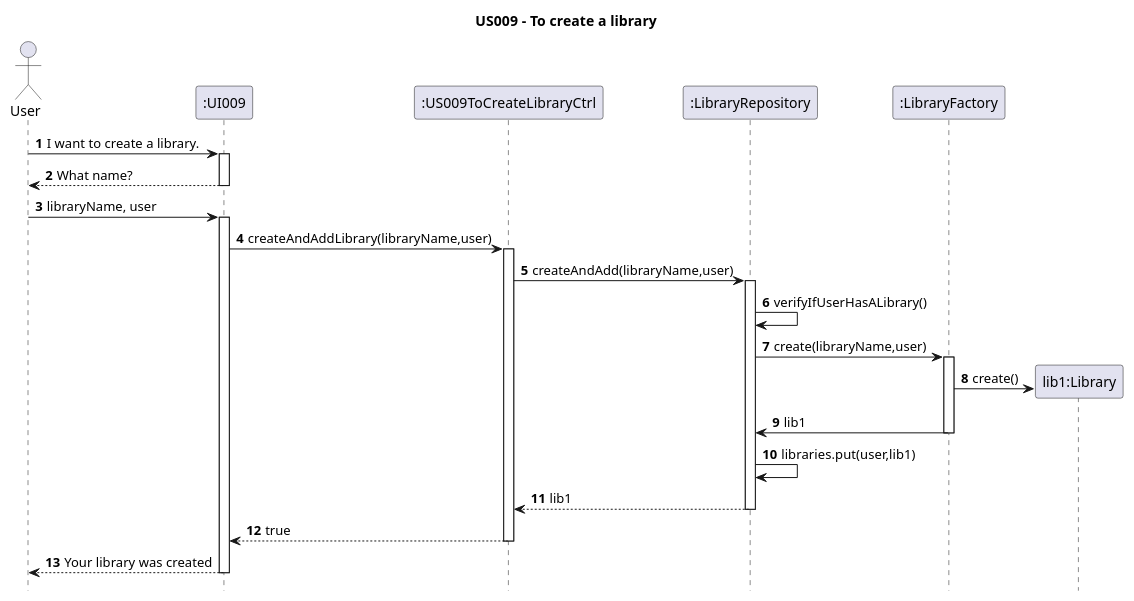
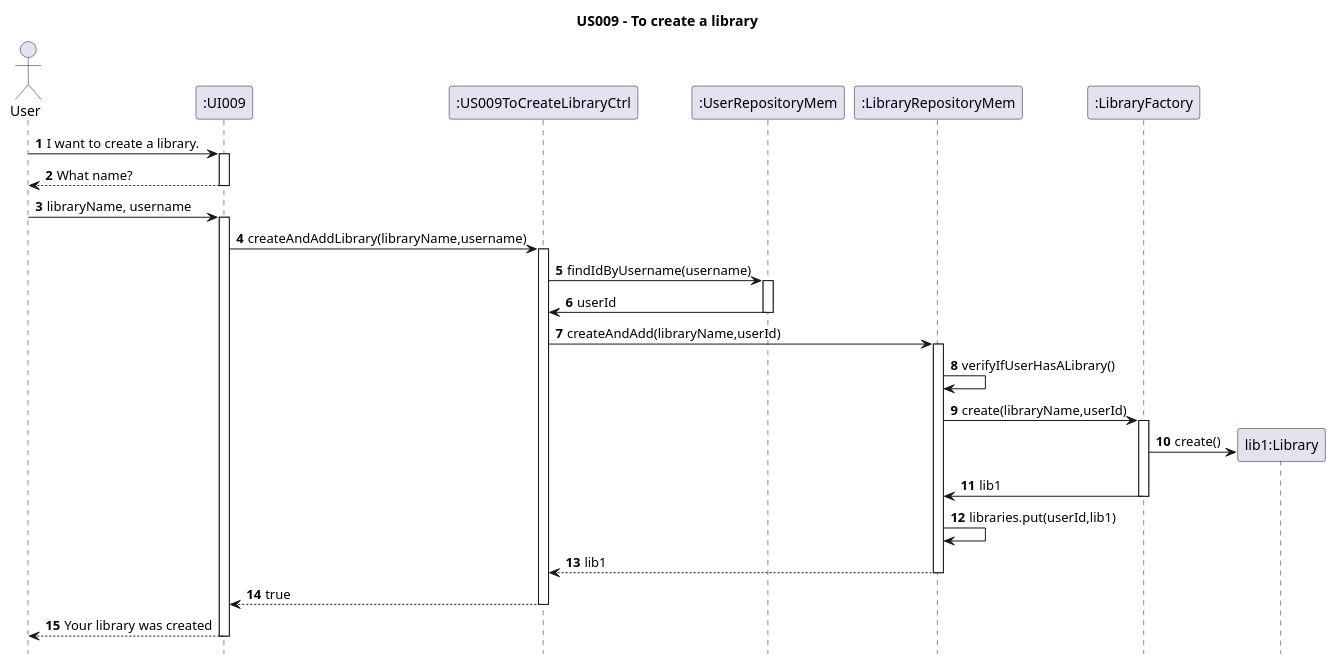
The diagram in Diagrams/SequenceDiagrams/N2/US009-to-create-a-library.puml (AndrePereiraGitH/SWitCH-Project-Team_A), drawn with PlantUML before and after one commit. The commit also changed 1 other file, not shown here.

Commit message:
docs(US009) #476: update Class and Sequence diagrams to align with DDD restructure

```diff
--- a/Diagrams/SequenceDiagrams/N2/US009-to-create-a-library.puml
+++ b/Diagrams/SequenceDiagrams/N2/US009-to-create-a-library.puml
@@ -1,49 +1,60 @@
 @startuml
 hide footbox
 autonumber
 title US009 - To create a library
 
 
 actor User
 participant ":UI009" as UI
 
 participant ":US009ToCreateLibraryCtrl" as Ctrl
-participant ":LibraryRepository" as LibraryRepo
+
+participant ":UserRepositoryMem" as userRepo
+participant ":LibraryRepositoryMem" as LibraryRepo
 participant ":LibraryFactory" as factory
 
 
 User -> UI : I want to create a library.
 activate UI
 UI --> User : What name?
 deactivate UI
-User -> UI : libraryName, user
+User -> UI : libraryName, username
+
 activate UI
 
-UI -> Ctrl : createAndAddLibrary(libraryName,user)
+UI -> Ctrl : createAndAddLibrary(libraryName,username)
+
 activate Ctrl
-Ctrl -> LibraryRepo : createAndAdd(libraryName,user)
+
+Ctrl -> userRepo: findIdByUsername(username)
+activate userRepo
+userRepo -> Ctrl: userId
+deactivate userRepo
+
+
+Ctrl -> LibraryRepo : createAndAdd(libraryName,userId)
 activate LibraryRepo
 
 
 
 LibraryRepo -> LibraryRepo: verifyIfUserHasALibrary()
 
-LibraryRepo -> factory: create(libraryName,user)
+LibraryRepo -> factory: create(libraryName,userId)
 activate factory
 create "lib1:Library" as Library
 factory -> Library : create()
 factory -> LibraryRepo: lib1
 deactivate factory
 
 
-LibraryRepo -> LibraryRepo : libraries.put(user,lib1)
+LibraryRepo -> LibraryRepo : libraries.put(userId,lib1)
 
 
 LibraryRepo --> Ctrl : lib1
 deactivate LibraryRepo
 Ctrl --> UI : true
 deactivate Ctrl
 UI --> User : Your library was created
 deactivate UI
 
 @enduml
```
